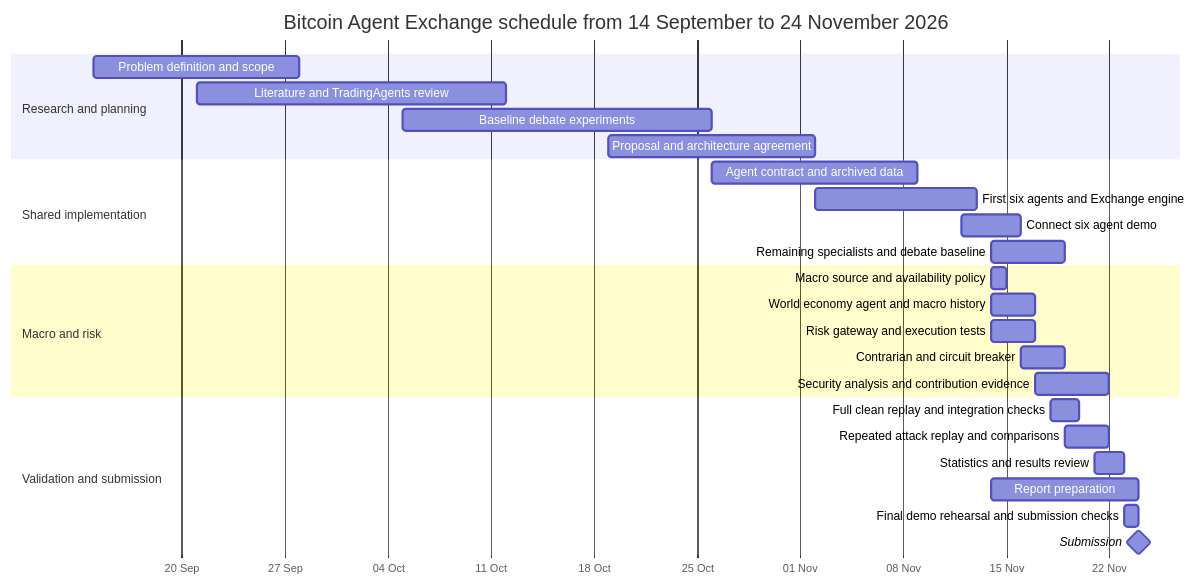
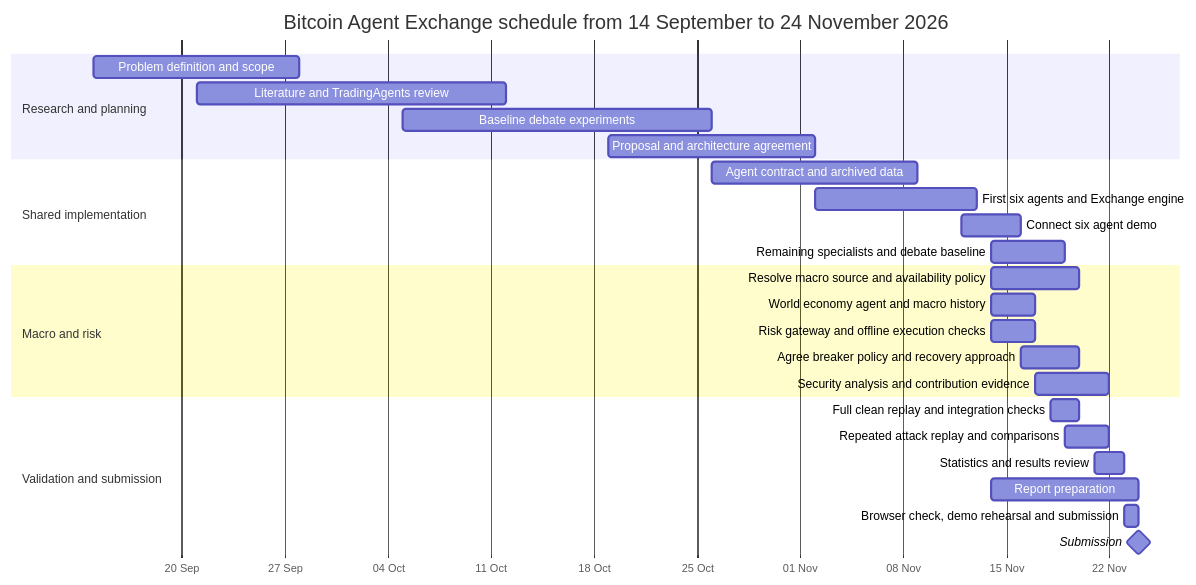
One commit to Sahrinu/SDP-1-Agentic-AI-for-Cryptocurreny-Fall-2026 changed the diagram in README.md. Above: the diagram before and after it, drawn with Mermaid. The commit also changed other lines of this file and 36 other files, not shown here.

Commit message:
Validate macro data and integrate paper-trading risk controls

````diff
--- a/README.md
+++ b/README.md
@@ -740,29 +813,29 @@
 ```mermaid
 gantt
     title Bitcoin Agent Exchange schedule from 14 September to 24 November 2026
     dateFormat YYYY-MM-DD
     axisFormat %d %b
     section Research and planning
     Problem definition and scope                 :scope, 2026-09-14, 2026-09-28
     Literature and TradingAgents review           :literature, 2026-09-21, 2026-10-12
     Baseline debate experiments                   :debate_research, 2026-10-05, 2026-10-26
     Proposal and architecture agreement           :proposal, 2026-10-19, 2026-11-02
     section Shared implementation
     Agent contract and archived data              :contract, 2026-10-26, 2026-11-09
     First six agents and Exchange engine          :six, 2026-11-02, 2026-11-13
     Connect six agent demo                        :demo, 2026-11-12, 2026-11-16
     Remaining specialists and debate baseline     :remaining, 2026-11-14, 2026-11-19
     section Macro and risk
-    Macro source and availability policy          :macro_policy, 2026-11-14, 2026-11-15
+    Resolve macro source and availability policy  :macro_policy, 2026-11-14, 2026-11-20
     World economy agent and macro history         :macro, 2026-11-14, 2026-11-17
-    Risk gateway and execution tests              :gateway, 2026-11-14, 2026-11-17
-    Contrarian and circuit breaker                :risk_more, 2026-11-16, 2026-11-19
+    Risk gateway and offline execution checks     :gateway, 2026-11-14, 2026-11-17
+    Agree breaker policy and recovery approach    :risk_more, 2026-11-16, 2026-11-20
     Security analysis and contribution evidence   :security, 2026-11-17, 2026-11-22
     section Validation and submission
     Full clean replay and integration checks      :clean, 2026-11-18, 2026-11-20
     Repeated attack replay and comparisons        :attacks, 2026-11-19, 2026-11-22
     Statistics and results review                 :stats, 2026-11-21, 2026-11-23
     Report preparation                            :report, 2026-11-14, 2026-11-24
-    Final demo rehearsal and submission checks    :rehearsal, 2026-11-23, 2026-11-24
+    Browser check, demo rehearsal and submission  :rehearsal, 2026-11-23, 2026-11-24
     Submission                                   :milestone, submit, 2026-11-24, 0d
 ```
````
